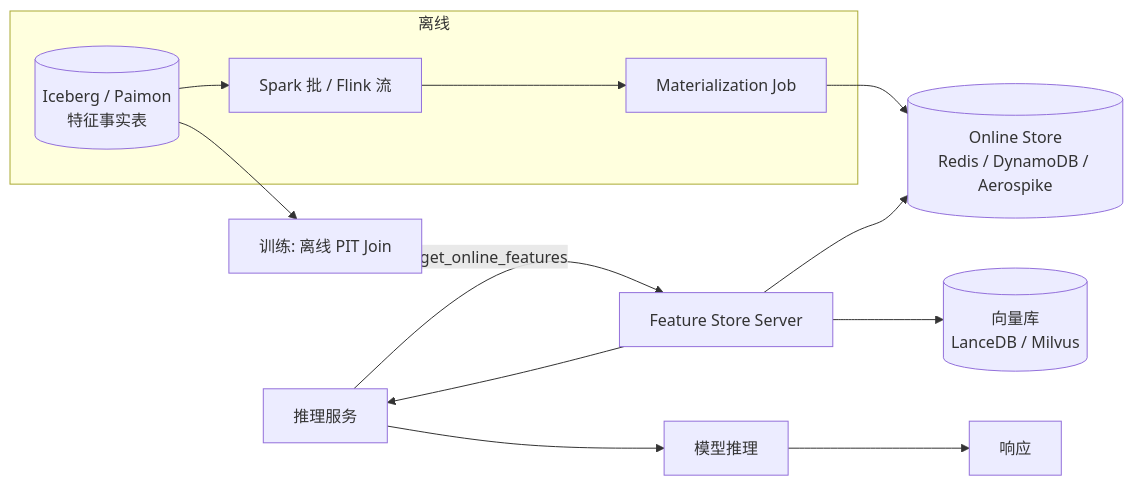
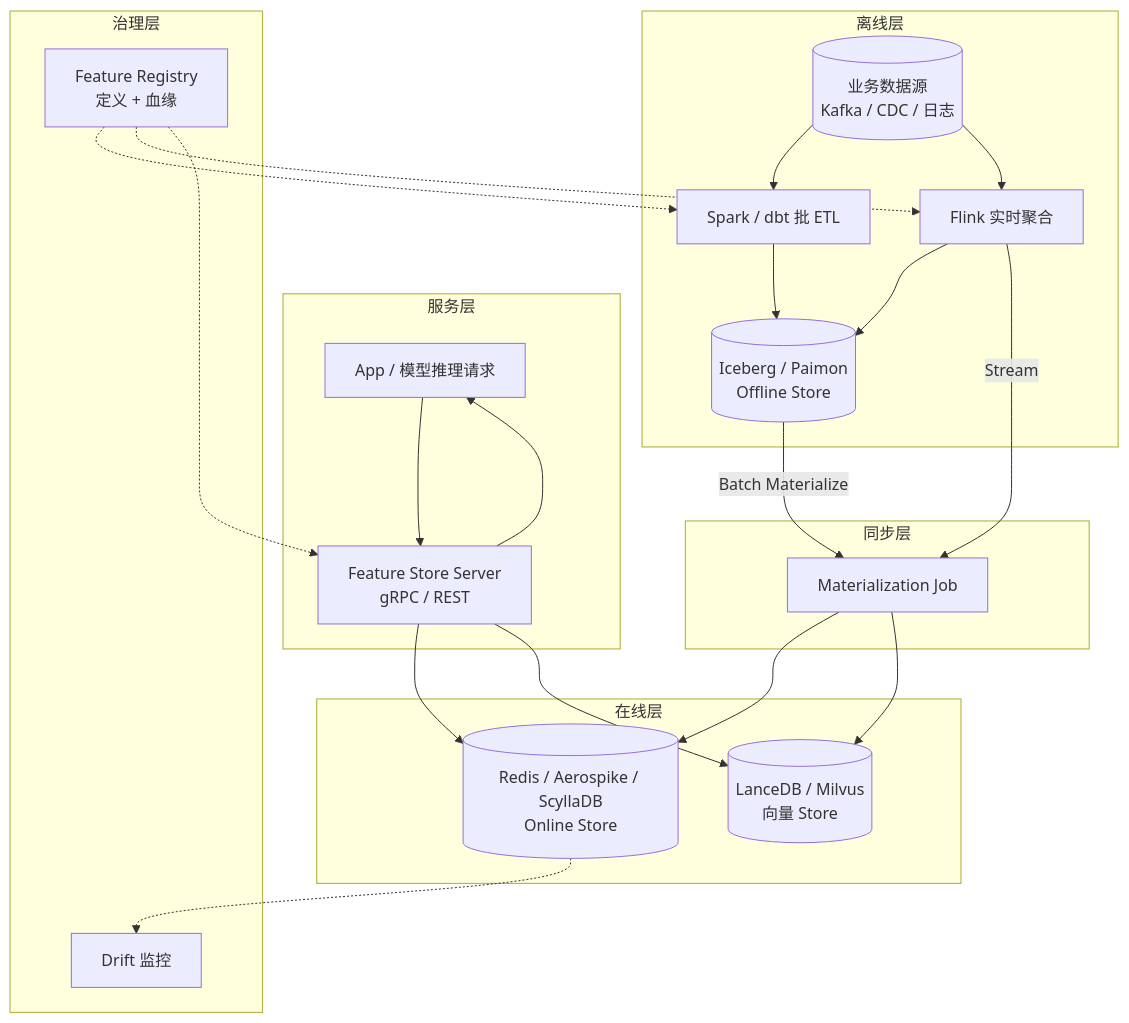
Before and after one commit to wangyong9999/lakehouse-wiki: the diagram in docs/scenarios/feature-serving.md, drawn with Mermaid. The commit also changed other lines of this file and 1 other file, not shown here.

Commit message:
content(M2): AI 场景薄页升级 A 级 (feature-serving + offline-training-pipeline)

````diff
--- a/docs/scenarios/feature-serving.md
+++ b/docs/scenarios/feature-serving.md
@@ -25,19 +59,35 @@
 ```mermaid
-flowchart LR
-  subgraph "离线"
-    lake[(Iceberg / Paimon<br/>特征事实表)]
-    batch[Spark 批 / Flink 流] --> materialize[Materialization Job]
+flowchart TB
+  subgraph "离线层"
+    src[(业务数据源<br/>Kafka / CDC / 日志)]
+    src --> spark[Spark / dbt 批 ETL]
+    src --> flink[Flink 实时聚合]
+    spark & flink --> iceberg[(Iceberg / Paimon<br/>Offline Store)]
   end
-  lake --> batch
 
-  materialize --> online[(Online Store<br/>Redis / DynamoDB / Aerospike)]
-  lake --> training[训练: 离线 PIT Join]
+  subgraph "同步层"
+    iceberg -->|Batch Materialize| sync[Materialization Job]
+    flink -->|Stream| sync
+  end
 
-  infer[推理服务] -->|get_online_features| fs[Feature Store Server]
-  fs --> online
-  fs --> vec[(向量库<br/>LanceDB / Milvus)]
-  fs --> infer
+  subgraph "在线层"
+    sync --> redis[(Redis / Aerospike / ScyllaDB<br/>Online Store)]
+    sync --> vec[(LanceDB / Milvus<br/>向量 Store)]
+  end
 
-  infer --> model[模型推理]
-  model --> response[响应]
+  subgraph "服务层"
+    app[App / 模型推理请求] --> fs_server[Feature Store Server<br/>gRPC / REST]
+    fs_server --> redis
+    fs_server --> vec
+    fs_server --> app
+  end
+
+  subgraph "治理层"
+    registry[Feature Registry<br/>定义 + 血缘]
+    monitor[Drift 监控]
+    registry -.-> spark
+    registry -.-> flink
+    registry -.-> fs_server
+    redis -.-> monitor
+  end
 ```
````
